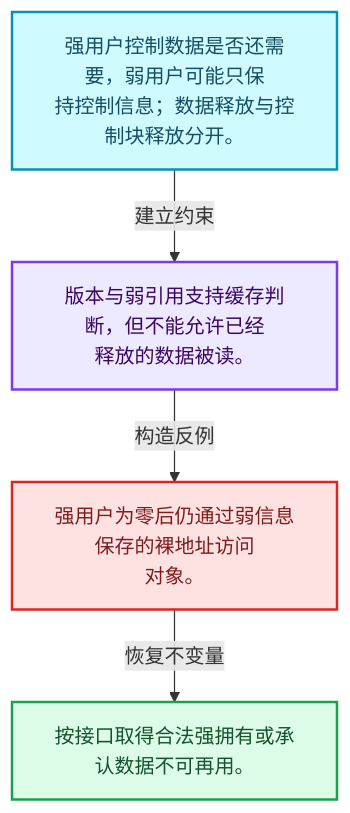
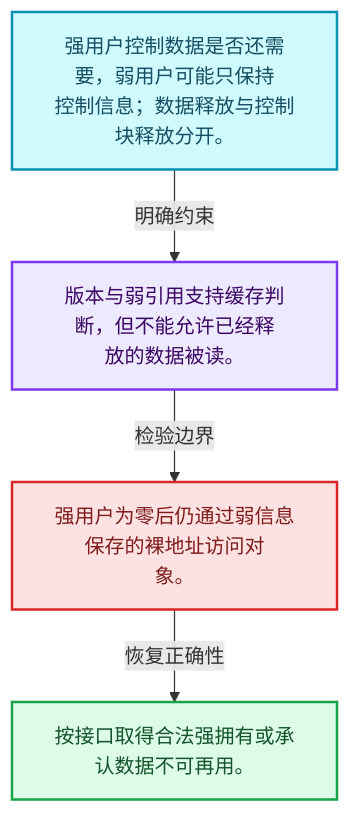
Before and after one commit to yunkezengren/blender-.vscode: the first of 4 diagrams in 杂/markdown/全面学习-codex/06-隐式共享与缓存系统/02-ImplicitSharingInfo计数.md, drawn with Mermaid. The commit also changed other lines of this file and 1930 other files, not shown here.

````diff
--- a/杂/markdown/全面学习-codex/06-隐式共享与缓存系统/02-ImplicitSharingInfo计数.md
+++ b/杂/markdown/全面学习-codex/06-隐式共享与缓存系统/02-ImplicitSharingInfo计数.md
@@ -29,16 +29,16 @@
 ```mermaid
 flowchart TB
-  M["强用户控制数据是否还需要，弱用户可能只保<br/>持控制信息；数据释放与控制块释放分开。"]:::data
-  T["版本与弱引用支持缓存判断，但不能允许已经<br/>释放的数据被读。"]:::abstraction
-  X["强用户为零后仍通过弱信息保存的裸地址访问<br/>对象。"]:::error
-  A["按接口取得合法强拥有或承认数据不可再用。"]:::result
-  M -->|"建立约束"| T
-  T -->|"构造反例"| X
-  X -->|"恢复不变量"| A
+  M["强用户控制数据是否还需要，弱用户可能只保持<br/>控制信息；数据释放与控制块释放分开。"]:::data
+  C["版本与弱引用支持缓存判断，但不能允许已经释<br/>放的数据被读。"]:::abstraction
+  B["强用户为零后仍通过弱信息保存的裸地址访问对<br/>象。"]:::error
+  R["按接口取得合法强拥有或承认数据不可再用。"]:::result
+  M -->|"明确约束"| C
+  C -->|"检验边界"| B
+  B -->|"恢复正确性"| R
   classDef input fill:#DBEAFE,stroke:#2563EB,color:#172554,stroke-width:2px;
   classDef data fill:#CFFAFE,stroke:#0891B2,color:#164E63,stroke-width:2px;
   classDef abstraction fill:#EDE9FE,stroke:#7C3AED,color:#3B0764,stroke-width:2px;
   classDef compute fill:#FEF3C7,stroke:#D97706,color:#78350F,stroke-width:2px;
   classDef result fill:#DCFCE7,stroke:#16A34A,color:#14532D,stroke-width:2px;
   classDef error fill:#FEE2E2,stroke:#DC2626,color:#7F1D1D,stroke-width:2px;
 ```
````
